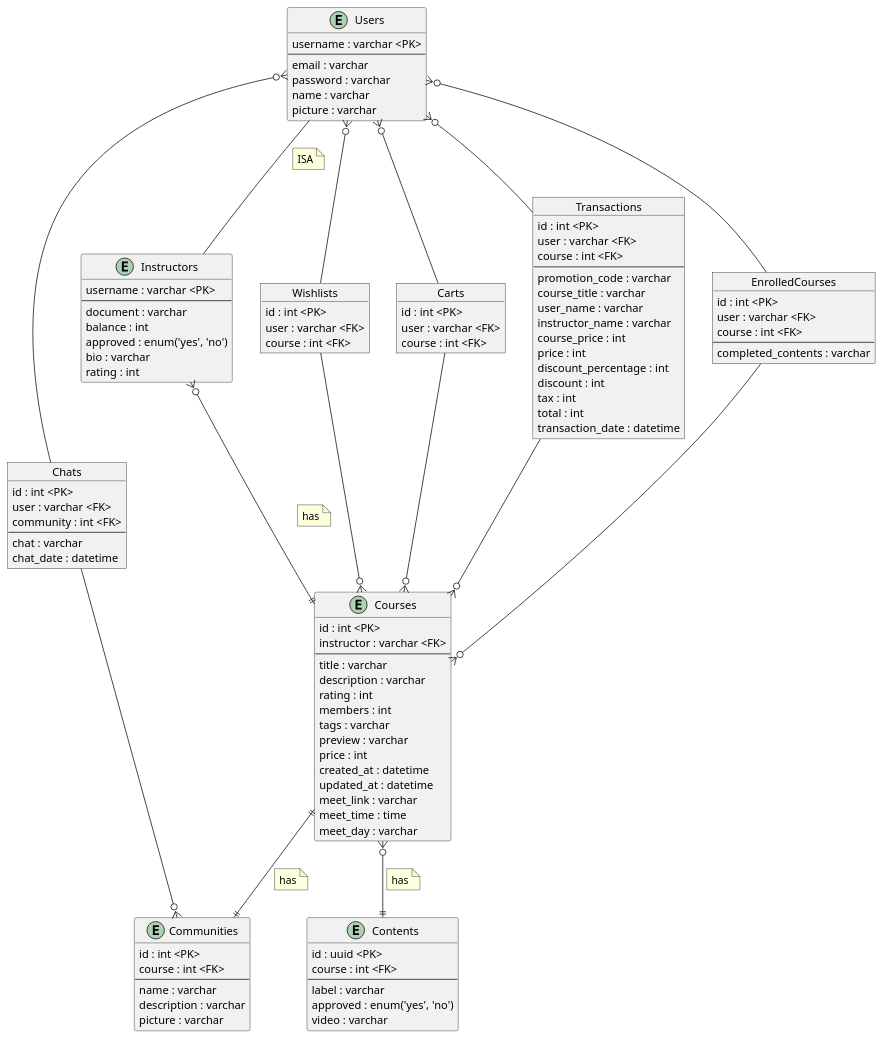
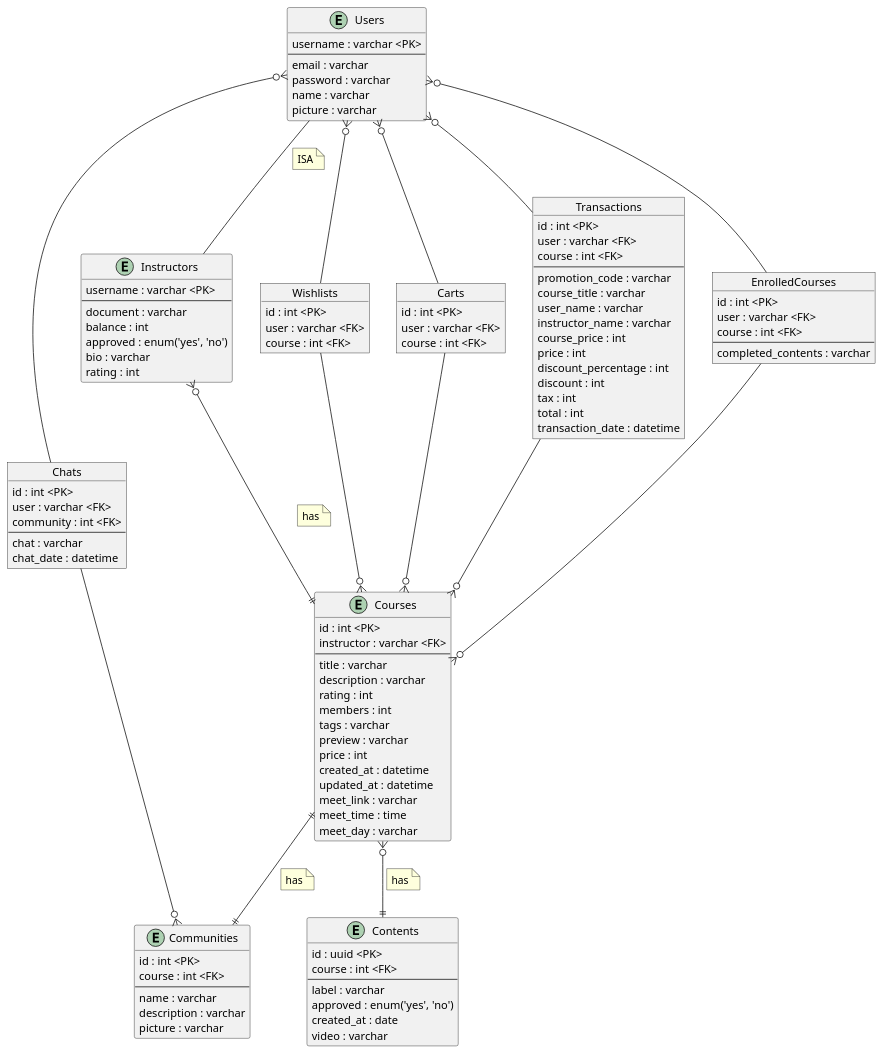
One commit to iqmalakur/LearNteach changed the diagram in docs/diagrams/entity-relationship.puml. Above: the diagram before and after it, drawn with PlantUML. The commit also changed 16 other files, not shown here.

```diff
--- a/docs/diagrams/entity-relationship.puml
+++ b/docs/diagrams/entity-relationship.puml
@@ -1,139 +1,140 @@
 @startuml LearNteach
 entity Users {
     username : varchar <PK>
     --
     email : varchar
     password : varchar
     name : varchar
     picture : varchar
 }
 
 entity Communities {
     id : int <PK>
     course : int <FK>
     --
     name : varchar
     description : varchar
     picture : varchar
 }
 
 object Chats {
     id : int <PK>
     user : varchar <FK>
     community : int <FK>
     --
     chat : varchar
     chat_date : datetime
 }
 
 entity Instructors {
     username : varchar <PK>
     --
     document : varchar
     balance : int
     approved : enum('yes', 'no')
     bio : varchar
     rating : int
 }
 
 entity Courses {
     id : int <PK>
     instructor : varchar <FK>
     --
     title : varchar
     description : varchar
     rating : int
     members : int
     tags : varchar
     preview : varchar
     price : int
     created_at : datetime
     updated_at : datetime
     meet_link : varchar
     meet_time : time
     meet_day : varchar
 }
 
 object Wishlists {
     id : int <PK>
     user : varchar <FK>
     course : int <FK>
 }
 
 object Carts {
     id : int <PK>
     user : varchar <FK>
     course : int <FK>
 }
 
 object Transactions {
     id : int <PK>
     user : varchar <FK>
     course : int <FK>
     --
     promotion_code : varchar
     course_title : varchar
     user_name : varchar
     instructor_name : varchar
     course_price : int
     price : int
     discount_percentage : int
     discount : int
     tax : int
     total : int
     transaction_date : datetime
 }
 
 object EnrolledCourses {
     id : int <PK>
     user : varchar <FK>
     course : int <FK>
     --
     completed_contents : varchar
 }
 
 entity Contents {
     id : uuid <PK>
     course : int <FK>
     --
     label : varchar
     approved : enum('yes', 'no')
+    created_at : date
     video : varchar
 }
 
 Users }o-- Wishlists
 Wishlists --o{ Courses
 
 Users }o-- EnrolledCourses
 EnrolledCourses --o{ Courses
 
 Users }o-- Carts
 Carts --o{ Courses
 
 Users }o-- Transactions
 Transactions --o{ Courses
 
 Courses }o--|| Contents
 note on link
     has
 end note
 
 Users -- Instructors
 note on link
     ISA
 end note
 
 Instructors }o--|| Courses
 note on link
     has
 end note
 
 Courses ||--|| Communities
 note on link
     has
 end note
 
 Users }o-- Chats
 Chats --o{ Communities
 
 @enduml
```
